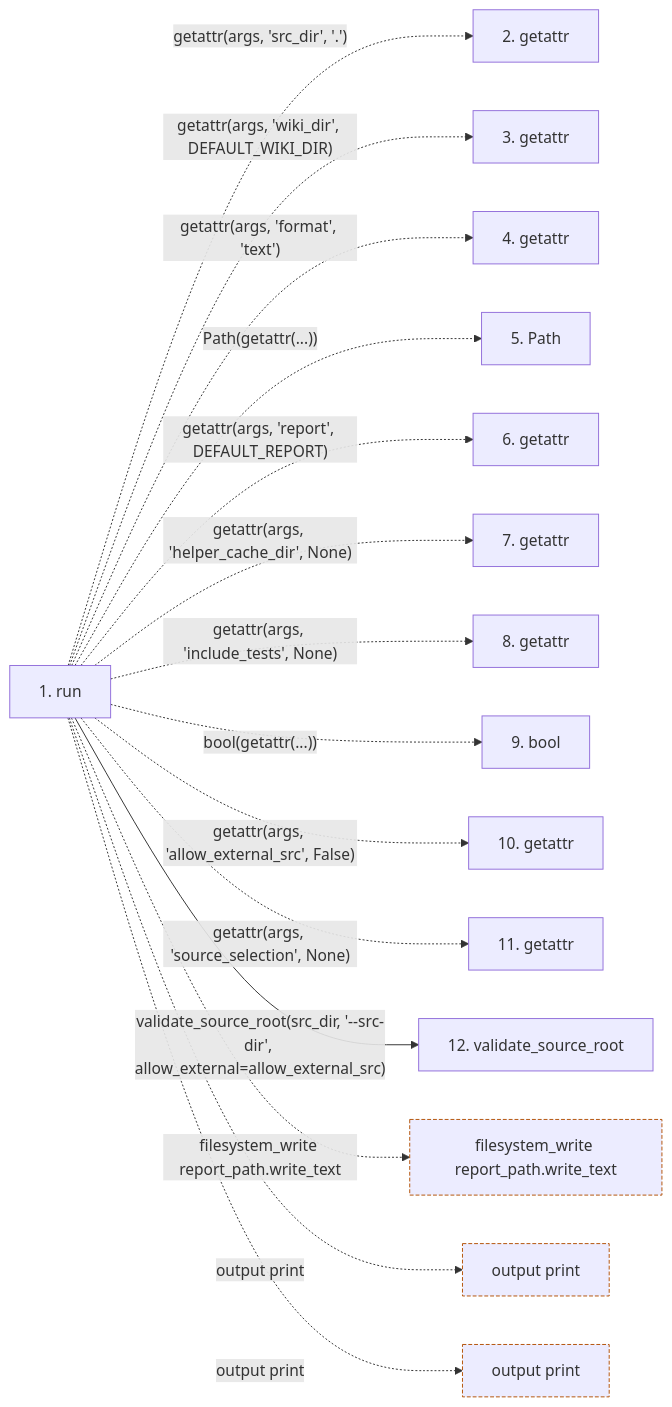
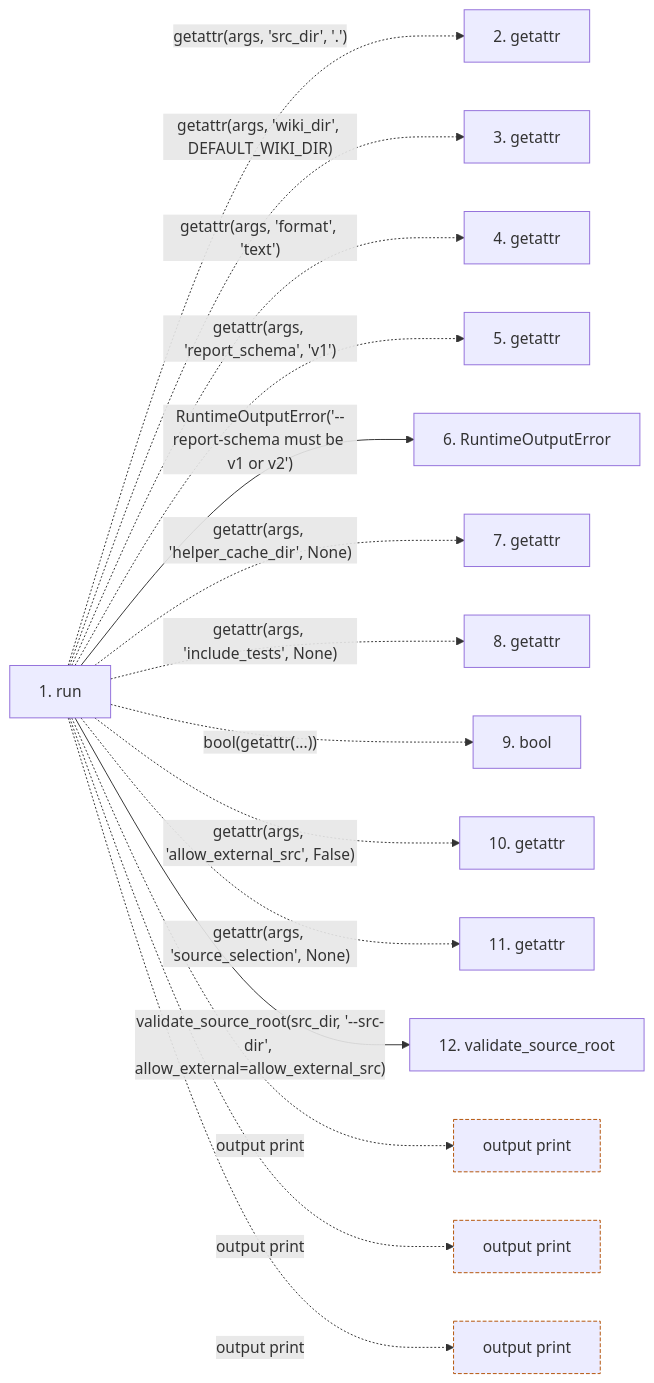
One commit to Denissvgn/python-wiki-llm changed the second of 2 diagrams in docs/llm_wiki/flows/cli-ci-check.md. Above: the diagram before and after it, drawn with Mermaid. The commit also changed other lines of this file and 240 other files, not shown here.

````diff
--- a/docs/llm_wiki/flows/cli-ci-check.md
+++ b/docs/llm_wiki/flows/cli-ci-check.md
@@ -111,38 +118,39 @@
 ```mermaid
 flowchart LR
     s1["1. run"]
     s2["2. getattr"]
     s3["3. getattr"]
     s4["4. getattr"]
-    s5["5. Path"]
-    s6["6. getattr"]
+    s5["5. getattr"]
+    s6["6. RuntimeOutputError"]
     s7["7. getattr"]
     s8["8. getattr"]
     s9["9. bool"]
     s10["10. getattr"]
     s11["11. getattr"]
     s12["12. validate_source_root"]
     s1 -. "getattr(args, 'src_dir', '.')" .-> s2
     s1 -. "getattr(args, 'wiki_dir', DEFAULT_WIKI_DIR)" .-> s3
     s1 -. "getattr(args, 'format', 'text')" .-> s4
-    s1 -. "Path(getattr(...))" .-> s5
-    s1 -. "getattr(args, 'report', DEFAULT_REPORT)" .-> s6
+    s1 -. "getattr(args, 'report_schema', 'v1')" .-> s5
+    s1 -->|"RuntimeOutputError('--report-schema must be v1 or v2')"| s6
     s1 -. "getattr(args, 'helper_cache_dir', None)" .-> s7
     s1 -. "getattr(args, 'include_tests', None)" .-> s8
     s1 -. "bool(getattr(...))" .-> s9
     s1 -. "getattr(args, 'allow_external_src', False)" .-> s10
     s1 -. "getattr(args, 'source_selection', None)" .-> s11
     s1 -->|"validate_source_root(src_dir, '--src-dir', allow_external=allow_external_src)"| s12
-    b0["filesystem_write report_path.write_text"]
-    s1 -. "filesystem_write report_path.write_text" .-> b0
+    b0["output print"]
+    s1 -. "output print" .-> b0
     b1["output print"]
     s1 -. "output print" .-> b1
     b2["output print"]
     s1 -. "output print" .-> b2
     click s1 "../modules/ci_check_cmd.md"
+    click s6 "../modules/runtime_output.md"
     click s12 "../modules/config.md"
     classDef boundary stroke:#b45309,stroke-dasharray: 4 2
     class b0 boundary
     class b1 boundary
     class b2 boundary
 ```
````
